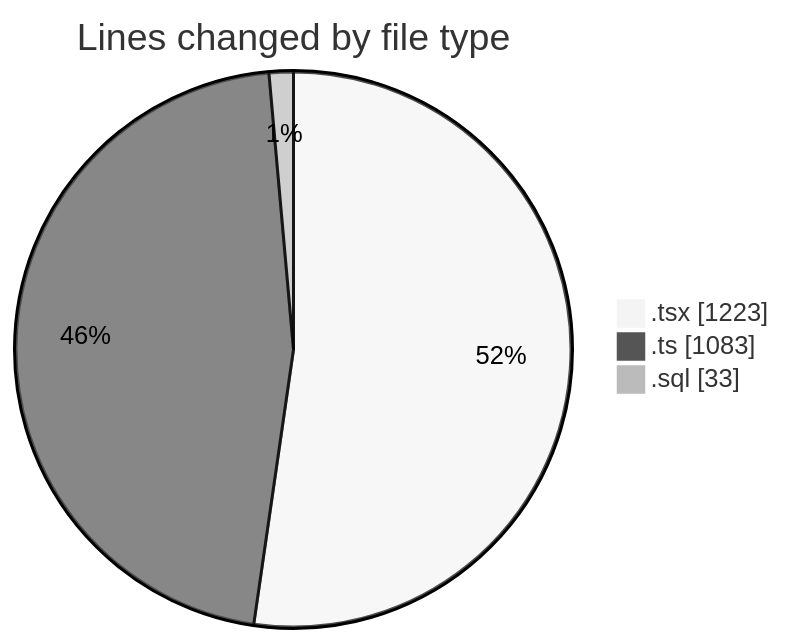
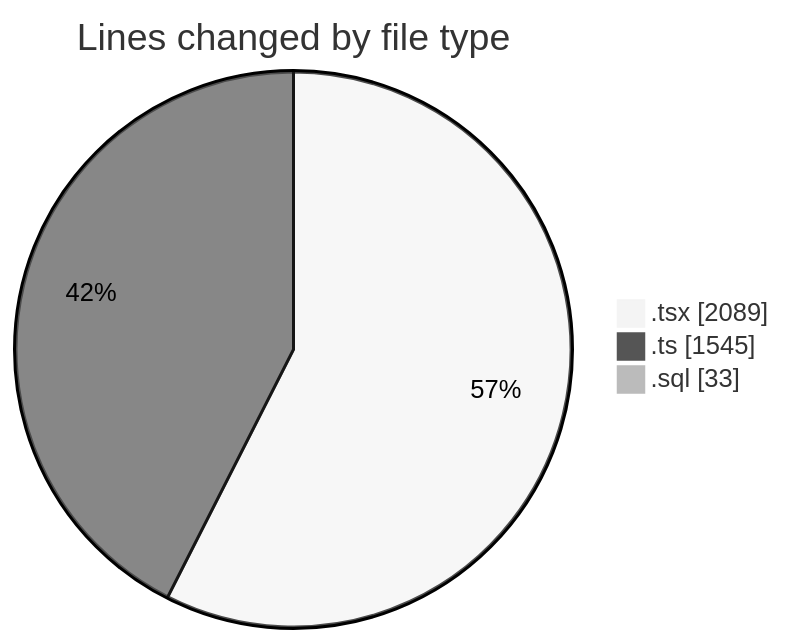
Before and after one commit to lephambinh05/code-tracking: the first of 2 diagrams in 2025-09-05/hiai-phf/README.md, drawn with Mermaid (neutral theme). The commit also changed other lines of this file and 1 other file, not shown here.

````diff
--- a/2025-09-05/hiai-phf/README.md
+++ b/2025-09-05/hiai-phf/README.md
@@ -42,7 +52,7 @@
 ```mermaid
 pie showData
 title Lines changed by file type
-".tsx" : 1223
-".ts" : 1083
+".tsx" : 2089
+".ts" : 1545
 ".sql" : 33
 ```
````
